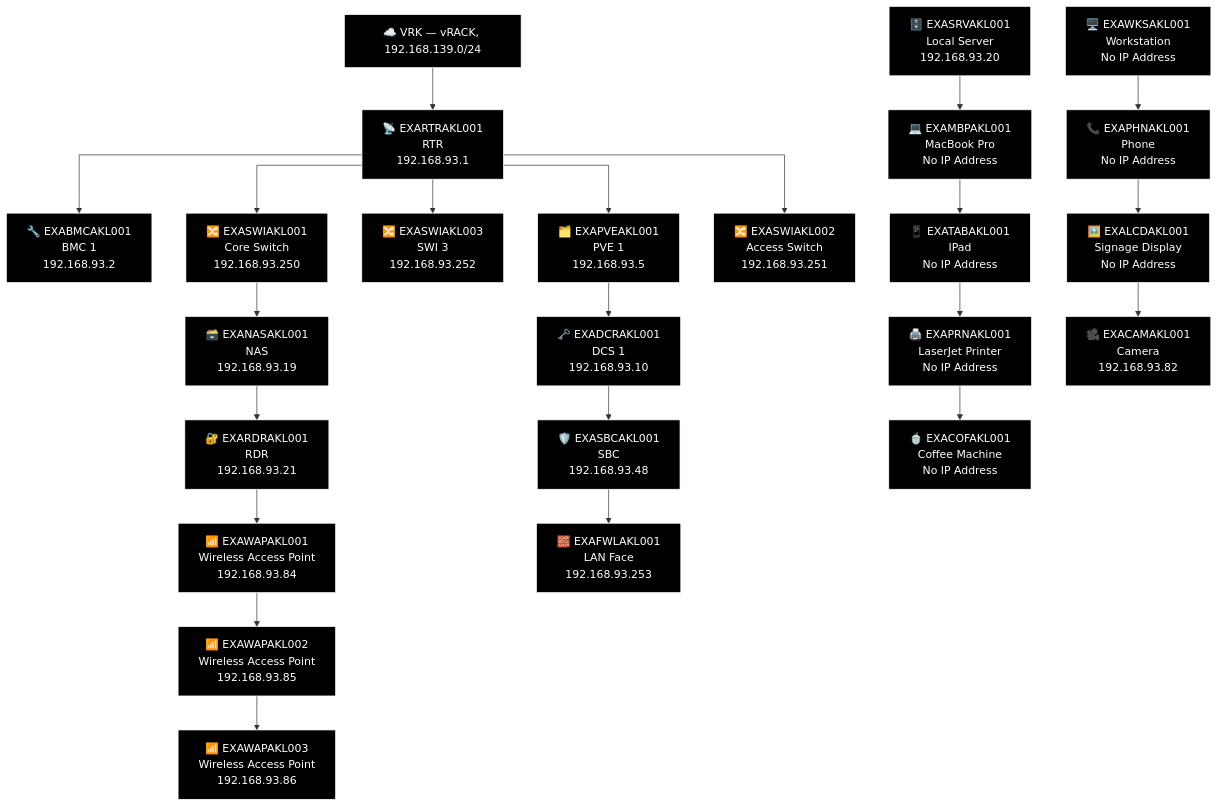
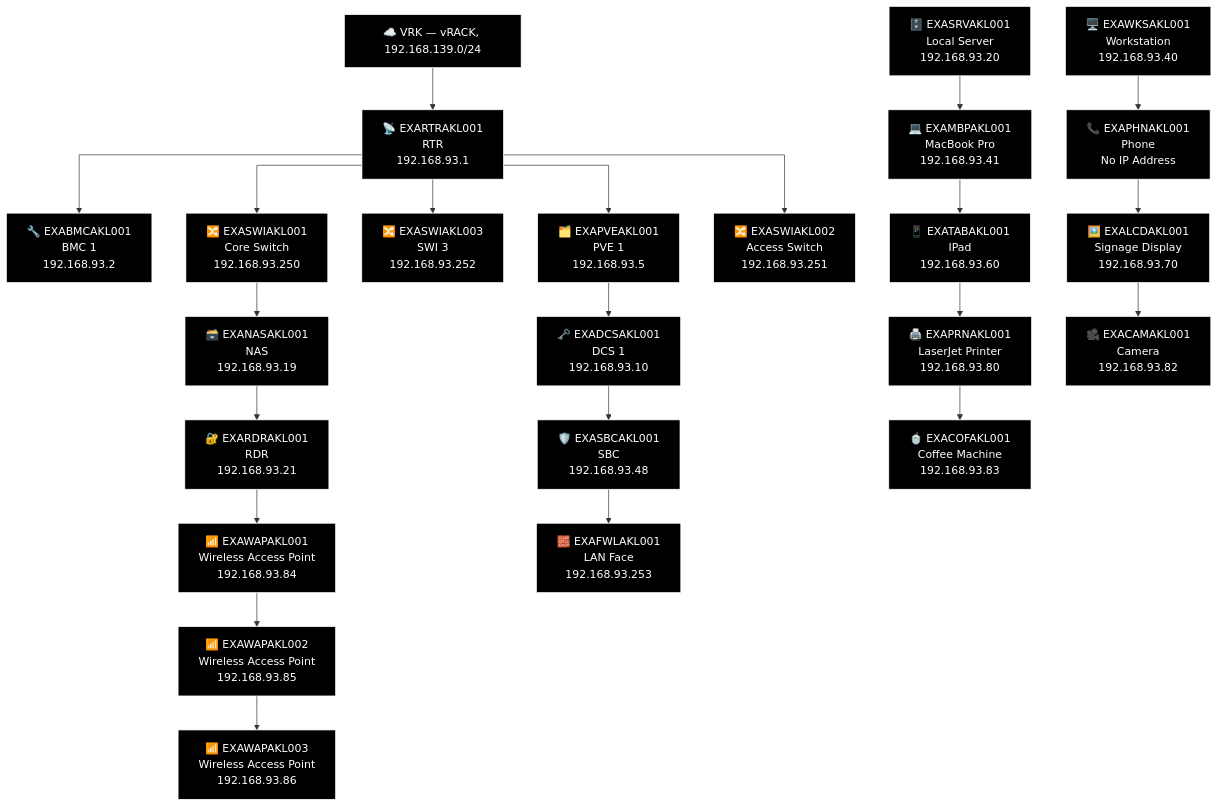
The third of 3 diagrams in docs/network-diagram/new-zealand.md (knightmare2600/example_music_infra), drawn with Mermaid before and after one commit. The commit also changed 11 other files, not shown here.

````diff
--- a/docs/network-diagram/new-zealand.md
+++ b/docs/network-diagram/new-zealand.md
@@ -131,64 +131,64 @@
 ```mermaid
 %% GENERATED:TOPOLOGY:AKL:START
 %%{init: {'flowchart': {'curve': 'stepAfter'}}}%%
 graph TD
     T_VRK["☁️ VRK — vRACK, 192.168.139.0/24"]
     T_RTR["📡 EXARTRAKL001<br/>RTR<br/>192.168.93.1"]
     T_VRK --> T_RTR
     T_BMC["🔧 EXABMCAKL001<br/>BMC 1<br/>192.168.93.2"]
     T_RTR --> T_BMC
     T_PVE["🗂️ EXAPVEAKL001<br/>PVE 1<br/>192.168.93.5"]
     T_RTR --> T_PVE
     T_SWI["🔀 EXASWIAKL003<br/>SWI 3<br/>192.168.93.252"]
     T_RTR --> T_SWI
     T_SWI2["🔀 EXASWIAKL001<br/>Core Switch<br/>192.168.93.250"]
     T_RTR --> T_SWI2
     T_SWI3["🔀 EXASWIAKL002<br/>Access Switch<br/>192.168.93.251"]
     T_RTR --> T_SWI3
     T_NAS["🗃️ EXANASAKL001<br/>NAS<br/>192.168.93.19"]
     T_RDR["🔐 EXARDRAKL001<br/>RDR<br/>192.168.93.21"]
     T_WAP["📶 EXAWAPAKL001<br/>Wireless Access Point<br/>192.168.93.84"]
     T_WAP2["📶 EXAWAPAKL002<br/>Wireless Access Point<br/>192.168.93.85"]
     T_WAP3["📶 EXAWAPAKL003<br/>Wireless Access Point<br/>192.168.93.86"]
     T_SWI2 --> T_NAS --> T_RDR --> T_WAP --> T_WAP2 --> T_WAP3
-    T_DCS["🗝️ EXADCRAKL001<br/>DCS 1<br/>192.168.93.10"]
+    T_DCS["🗝️ EXADCSAKL001<br/>DCS 1<br/>192.168.93.10"]
     T_SBC["🛡️ EXASBCAKL001<br/>SBC<br/>192.168.93.48"]
     T_FWL["🧱 EXAFWLAKL001<br/>LAN Face<br/>192.168.93.253"]
     T_PVE --> T_DCS --> T_SBC --> T_FWL
     T_SRV["🗄️ EXASRVAKL001<br/>Local Server<br/>192.168.93.20"]
-    T_WKS["🖥️ EXAWKSAKL001<br/>Workstation<br/>No IP Address"]
-    T_MBP["💻 EXAMBPAKL001<br/>MacBook Pro<br/>No IP Address"]
+    T_WKS["🖥️ EXAWKSAKL001<br/>Workstation<br/>192.168.93.40"]
+    T_MBP["💻 EXAMBPAKL001<br/>MacBook Pro<br/>192.168.93.41"]
     T_PHN["📞 EXAPHNAKL001<br/>Phone<br/>No IP Address"]
-    T_TAB["📱 EXATABAKL001<br/>IPad<br/>No IP Address"]
-    T_LCD["🖼️ EXALCDAKL001<br/>Signage Display<br/>No IP Address"]
-    T_PRN["🖨️ EXAPRNAKL001<br/>LaserJet Printer<br/>No IP Address"]
+    T_TAB["📱 EXATABAKL001<br/>IPad<br/>192.168.93.60"]
+    T_LCD["🖼️ EXALCDAKL001<br/>Signage Display<br/>192.168.93.70"]
+    T_PRN["🖨️ EXAPRNAKL001<br/>LaserJet Printer<br/>192.168.93.80"]
     T_CAM["🎥 EXACAMAKL001<br/>Camera<br/>192.168.93.82"]
-    T_COF["🍵 EXACOFAKL001<br/>Coffee Machine<br/>No IP Address"]
+    T_COF["🍵 EXACOFAKL001<br/>Coffee Machine<br/>192.168.93.83"]
     T_SRV --> T_MBP --> T_TAB --> T_PRN --> T_COF
     T_WKS --> T_PHN --> T_LCD --> T_CAM
     style T_VRK fill:#000000,stroke:#FFFFFF,color:#FFFFFF
     style T_RTR fill:#000000,stroke:#FFFFFF,color:#FFFFFF
     style T_BMC fill:#000000,stroke:#FFFFFF,color:#FFFFFF
     style T_PVE fill:#000000,stroke:#FFFFFF,color:#FFFFFF
     style T_SWI fill:#000000,stroke:#FFFFFF,color:#FFFFFF
     style T_SWI2 fill:#000000,stroke:#FFFFFF,color:#FFFFFF
     style T_SWI3 fill:#000000,stroke:#FFFFFF,color:#FFFFFF
     style T_NAS fill:#000000,stroke:#FFFFFF,color:#FFFFFF
     style T_RDR fill:#000000,stroke:#FFFFFF,color:#FFFFFF
     style T_WAP fill:#000000,stroke:#FFFFFF,color:#FFFFFF
     style T_WAP2 fill:#000000,stroke:#FFFFFF,color:#FFFFFF
     style T_WAP3 fill:#000000,stroke:#FFFFFF,color:#FFFFFF
     style T_DCS fill:#000000,stroke:#FFFFFF,color:#FFFFFF
     style T_SBC fill:#000000,stroke:#FFFFFF,color:#FFFFFF
     style T_FWL fill:#000000,stroke:#FFFFFF,color:#FFFFFF
     style T_SRV fill:#000000,stroke:#FFFFFF,color:#FFFFFF
     style T_WKS fill:#000000,stroke:#FFFFFF,color:#FFFFFF
     style T_MBP fill:#000000,stroke:#FFFFFF,color:#FFFFFF
     style T_PHN fill:#000000,stroke:#FFFFFF,color:#FFFFFF
     style T_TAB fill:#000000,stroke:#FFFFFF,color:#FFFFFF
     style T_LCD fill:#000000,stroke:#FFFFFF,color:#FFFFFF
     style T_PRN fill:#000000,stroke:#FFFFFF,color:#FFFFFF
     style T_CAM fill:#000000,stroke:#FFFFFF,color:#FFFFFF
     style T_COF fill:#000000,stroke:#FFFFFF,color:#FFFFFF
 %% GENERATED:TOPOLOGY:AKL:END
 ```
````
